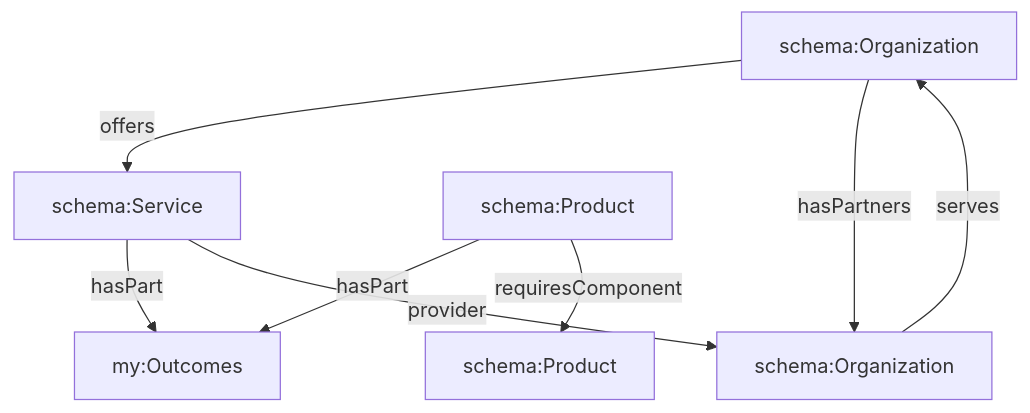
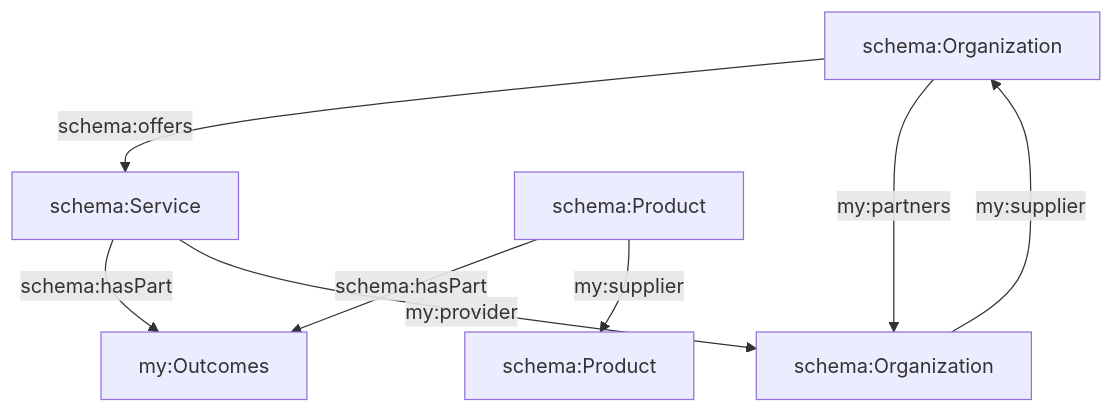
The diagram in www/content/paper/index.md (fact-claims/fact.claims), drawn with Mermaid before and after one commit.

````diff
--- a/www/content/paper/index.md
+++ b/www/content/paper/index.md
@@ -78,10 +78,10 @@
 ```mermaid
 graph TB;
-  Organization["schema:Organization"] -->|offers| Services["schema:Service"]
-  Organization2 -->|serves| Organization["schema:Organization"]
-  Products["schema:Product"] -->|hasPart| Outcomes["my:Outcomes"]
-  Services -->|hasPart| Outcomes
-  Products -->|requiresComponent| SupplyChain["schema:Product"]
-  Services -->|provider| Organization2
-  Organization -->|hasPartners| Organization2["schema:Organization"]
+  Organization["schema:Organization"] -->|schema:offers| Services["schema:Service"]
+  Organization2 -->|my:supplier| Organization["schema:Organization"]
+  Products["schema:Product"] -->|schema:hasPart| Outcomes["my:Outcomes"]
+  Services -->|schema:hasPart| Outcomes
+  Products -->|my:supplier| SupplyChain["schema:Product"]
+  Services -->|my:provider| Organization2
+  Organization -->|my:partners| Organization2["schema:Organization"]
 ```
````
